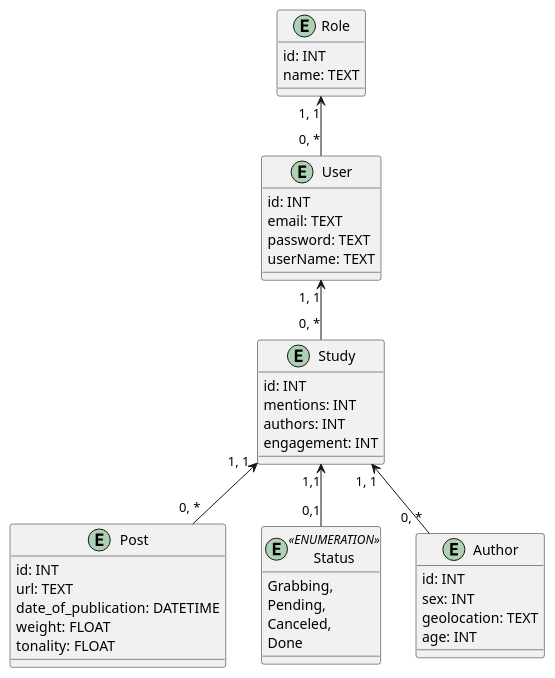
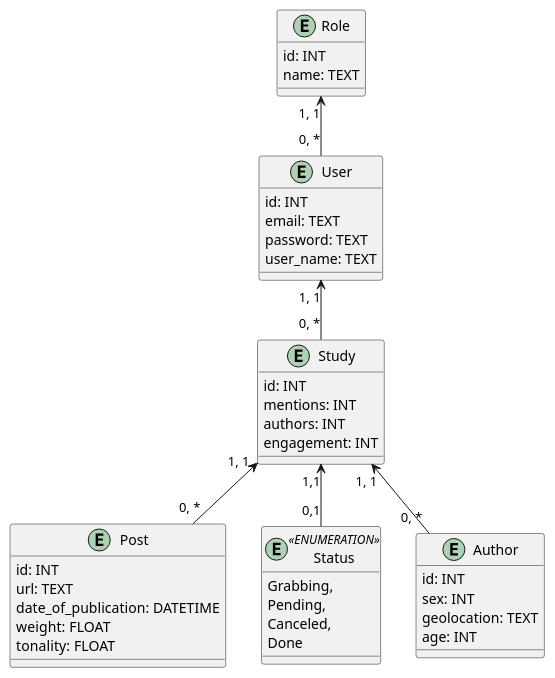
Before and after one commit to kpi-wolves/edu_db_labs: the second of 2 diagrams in docs/design/README.md, drawn with PlantUML. The commit also changed other lines of this file, not shown here.

```diff
--- a/docs/design/README.md
+++ b/docs/design/README.md
@@ -80,50 +80,50 @@
 @startuml 
 
 entity Role  {
   id: INT 
   name: TEXT 
 }
 
 entity User { 
   id: INT 
   email: TEXT 
   password: TEXT 
-  userName: TEXT  
+  user_name: TEXT  
 }
 
 entity Study  {  
   id: INT  
   mentions: INT
   authors: INT
   engagement: INT
 }
 
 entity Post {
   id: INT
   url: TEXT
   date_of_publication: DATETIME
   weight: FLOAT
   tonality: FLOAT
 }
 
 entity Status <<ENUMERATION>>{
   Grabbing,
   Pending,
   Canceled,
   Done
 }
 
 entity Author {
   id: INT
   sex: INT
   geolocation: TEXT
   age: INT
 }
 
 Role "1, 1" <-- "0, *" User  
 User "1, 1" <-- "0, *" Study
 Study "1, 1" <-- "0, *" Post
 Study "1, 1" <-- "0, *" Author
 Study "1,1" <-- "0,1" Status
 
 @enduml
```
